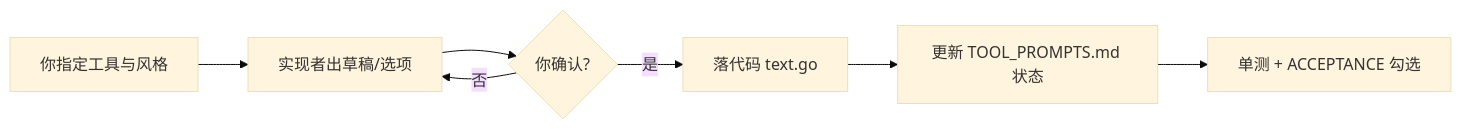
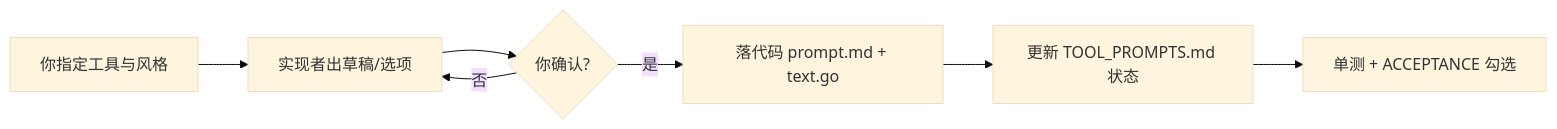
One commit to wzhejunqiu/ds-code changed the diagram in docs/v0.1.4/REQUIREMENTS.md. Above: the diagram before and after it, drawn with Mermaid (base theme). The commit also changed other lines of this file and 61 other files, not shown here.

````diff
--- a/docs/v0.1.4/REQUIREMENTS.md
+++ b/docs/v0.1.4/REQUIREMENTS.md
@@ -18,9 +20,9 @@
 ```mermaid
 flowchart LR
   A[你指定工具与风格] --> B[实现者出草稿/选项]
   B --> C{你确认?}
   C -->|否| B
-  C -->|是| D[落代码 text.go]
+  C -->|是| D[落代码 prompt.md + text.go]
   D --> E[更新 TOOL_PROMPTS.md 状态]
   E --> F[单测 + ACCEPTANCE 勾选]
 ```
````
